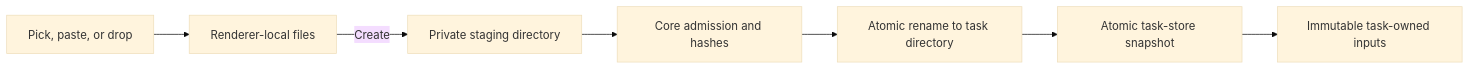
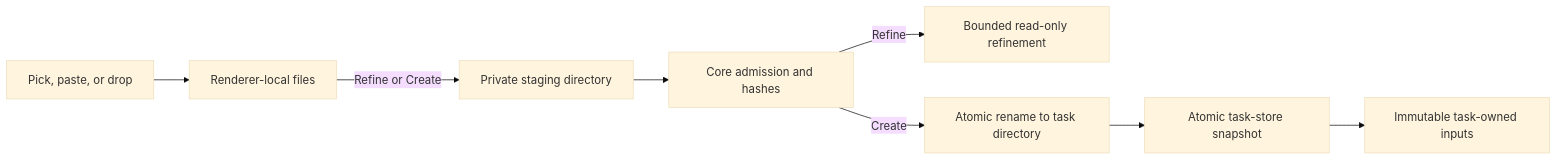
Before and after one commit to RojhatToptamus/task-monki: the diagram in docs/architecture/ATTACHMENT_LIFECYCLE.md, drawn with Mermaid (base theme). The commit also changed other lines of this file and 31 other files, not shown here.

````diff
--- a/docs/architecture/ATTACHMENT_LIFECYCLE.md
+++ b/docs/architecture/ATTACHMENT_LIFECYCLE.md
@@ -55,9 +58,10 @@
 ```mermaid
 flowchart LR
   Input["Pick, paste, or drop"] --> Local["Renderer-local files"]
-  Local -->|"Create"| Stage["Private staging directory"]
+  Local -->|"Refine or Create"| Stage["Private staging directory"]
   Stage --> Validate["Core admission and hashes"]
-  Validate --> Rename["Atomic rename to task directory"]
+  Validate -->|"Refine"| Inspect["Bounded read-only refinement"]
+  Validate -->|"Create"| Rename["Atomic rename to task directory"]
   Rename --> Store["Atomic task-store snapshot"]
   Store --> Task["Immutable task-owned inputs"]
 ```
````
